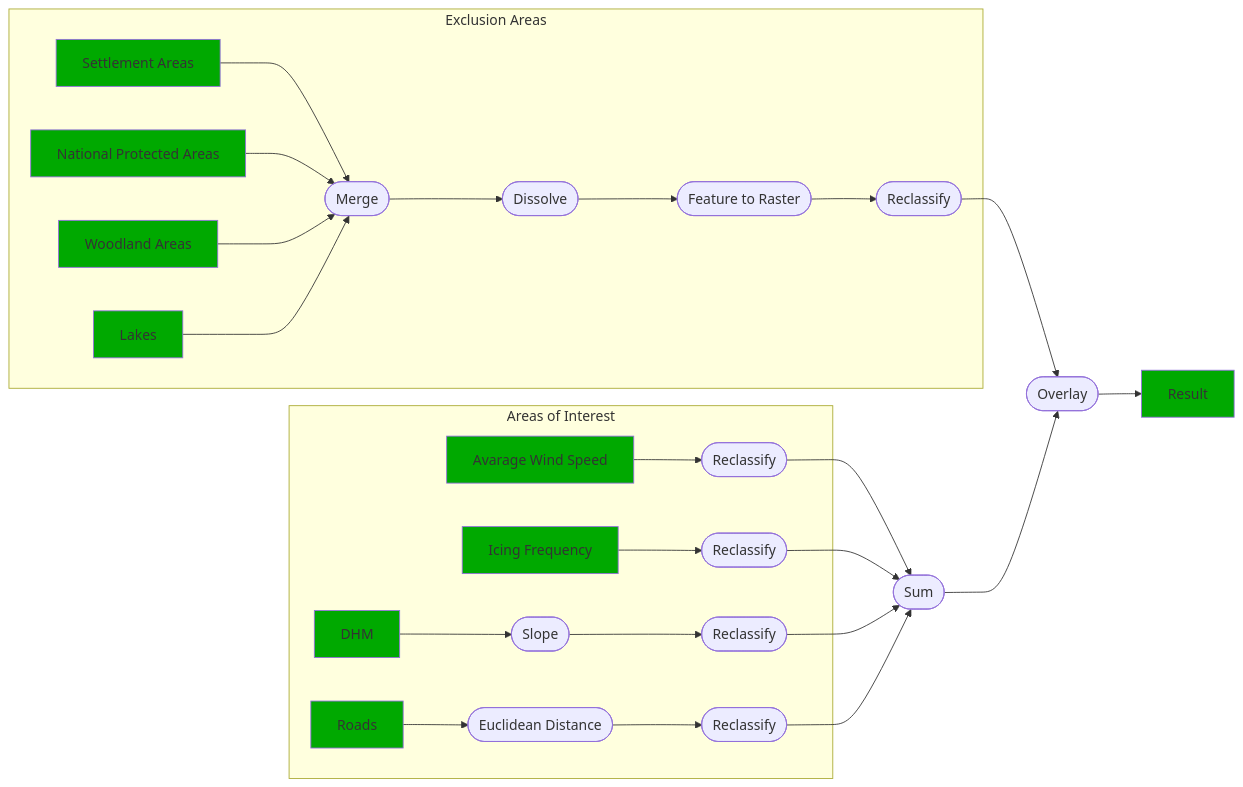
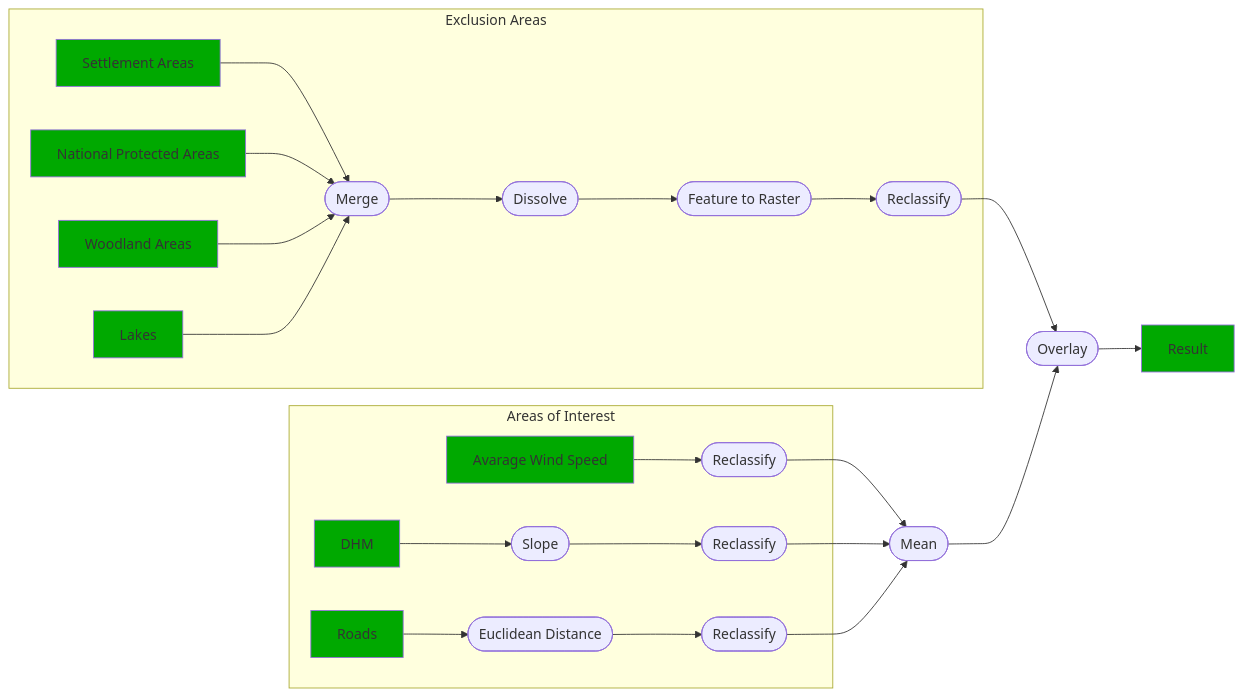
Before and after one commit to remote-sensing-zhaw/QGIS-introduction: the diagram in images/mermaid-overview.mmd, drawn with Mermaid. The commit also changed 2 other files, not shown here.

```diff
--- a/images/mermaid-overview.mmd
+++ b/images/mermaid-overview.mmd
@@ -1,26 +1,24 @@
 
 graph LR
     subgraph Exclusion Areas
     0A["Settlement Areas"] --> 9A(["Merge"])
     1A["National Protected Areas"] --> 9A
     2A["Woodland Areas"] -->9A 
     3A["Lakes"] --> 9A
     9A --> 9B(["Dissolve"]) --> 9C(["Feature to Raster"]) --> 9D(["Reclassify"])
     end
     subgraph Areas of Interest
     7A["Avarage Wind Speed"] --> 8C(["Reclassify"])
-    6A["Icing Frequency"] --> 7C(["Reclassify"])
     5A["DHM"] --> 6B(["Slope"]) --> 6C(["Reclassify"])
     4A["Roads"] --> 5B(["Euclidean Distance"]) --> 5C(["Reclassify"])
     end
 
-    8C --> X(["Sum"])
-    7C --> X
+    8C --> X(["Mean"])
     6C --> X
     5C --> X
 
     9D --> 10A(["Overlay"])
     X --> 10A --> 100A["Result"]
 
     classDef dataset fill:#00a900
     class 0A,1A,2A,3A,4A,5A,6A,7A,100A dataset;
```
